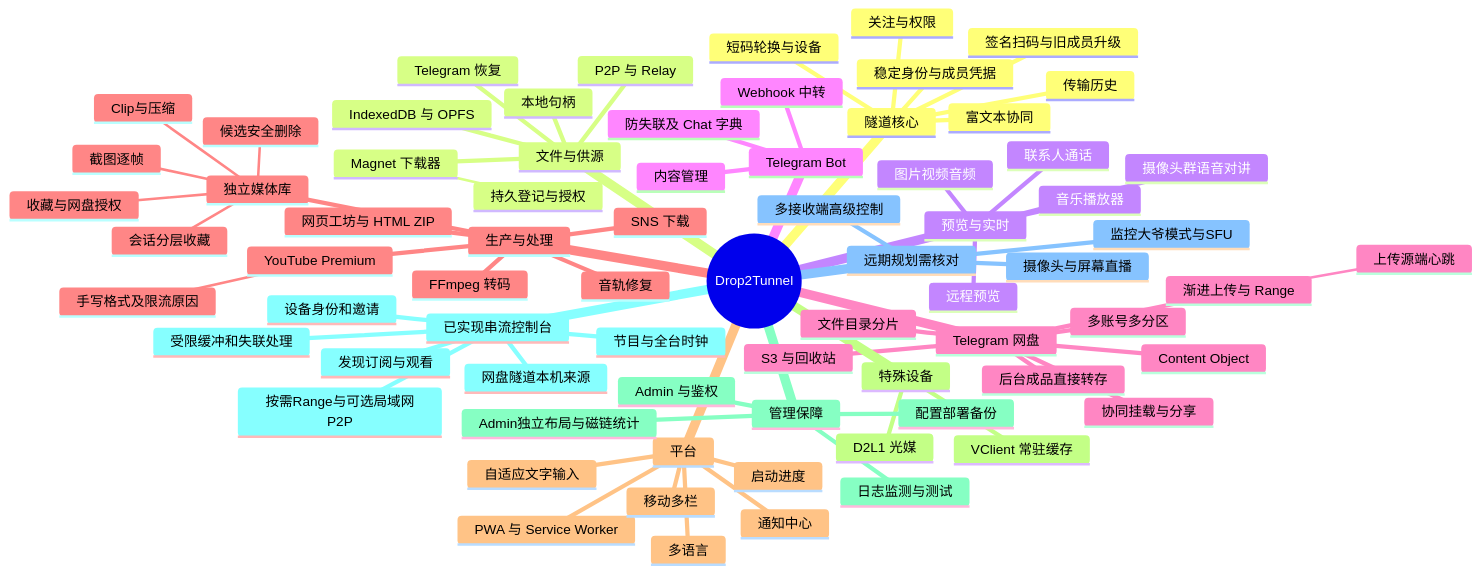
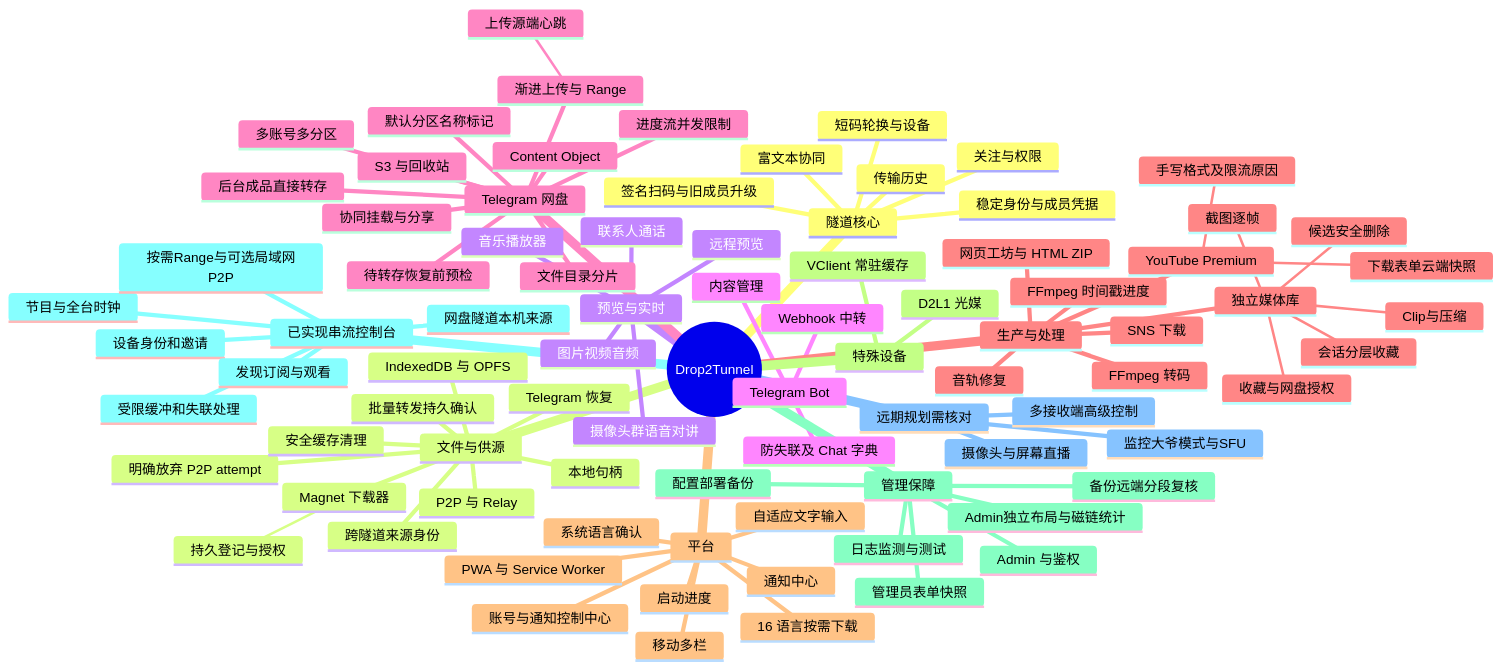
The diagram in docs/overview/feature-mindmaps/README.md (Ltre/file-tunnel), drawn with Mermaid before and after one commit. The commit also changed other lines of this file, not shown here.

Commit message:
docs: refresh feature mindmap overview with November additions

```diff
--- a/docs/overview/feature-mindmaps/README.md
+++ b/docs/overview/feature-mindmaps/README.md
@@ -25,6 +25,10 @@
       IndexedDB 与 OPFS
       本地句柄
       Telegram 恢复
+      跨隧道来源身份
+      明确放弃 P2P attempt
+      批量转发持久确认
+      安全缓存清理
       Magnet 下载器
         持久登记与授权
     预览与实时
@@ -46,6 +50,9 @@
       后台成品直接转存
       协同挂载与分享
       S3 与回收站
+      待转存恢复前预检
+      默认分区名称标记
+      进度流并发限制
     生产与处理
       独立媒体库
         截图逐帧
@@ -56,14 +63,18 @@
       SNS 下载
       YouTube Premium
         手写格式及限流原因
+        下载表单云端快照
+      FFmpeg 时间戳进度
       音轨修复
       FFmpeg 转码
       网页工坊与 HTML ZIP
     平台
       PWA 与 Service Worker
       移动多栏
-      多语言
+      16 语言按需下载
+      系统语言确认
       通知中心
+      账号与通知控制中心
       启动进度
       自适应文字输入
     特殊设备
@@ -73,6 +84,8 @@
       Admin独立布局与磁链统计
       Admin 与鉴权
       配置部署备份
+      备份远端分段复核
+      管理员表单快照
       日志监测与测试
     已实现串流控制台
       设备身份和邀请
```
